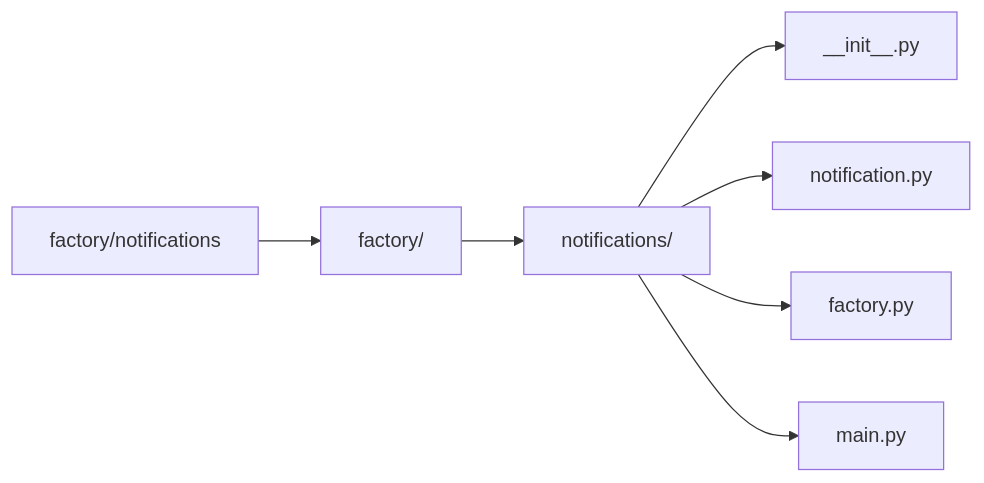
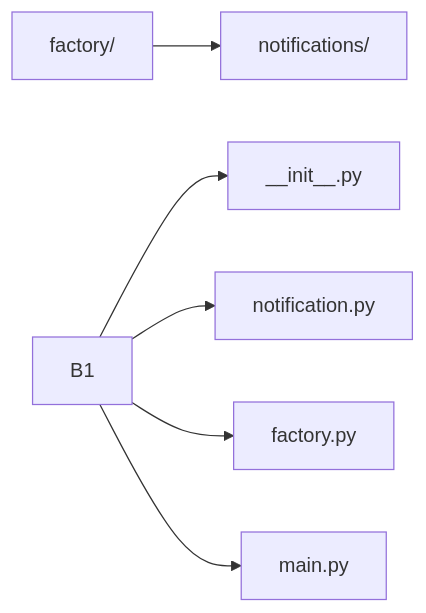
Before and after one commit to nathasjafink/Design-Patterns-Code-Examples: the diagram in factory/notifications/README.md, drawn with Mermaid.

````diff
--- a/factory/notifications/README.md
+++ b/factory/notifications/README.md
@@ -12,13 +12,12 @@
 ```mermaid
 graph LR
-    A[factory/notifications]
+    A[factory/]
     
-    A --> B[factory/]
-    B --> B5[notifications/]
-    B5 --> B51[__init__.py]
-    B5 --> B52[notification.py]
-    B5 --> B53[factory.py]
-    B5 --> B54[main.py]
+    A --> B[notifications/]
+    B1 --> B51[__init__.py]
+    B1 --> B52[notification.py]
+    B1 --> B53[factory.py]
+    B1 --> B54[main.py]
     
     
 ```    
````
